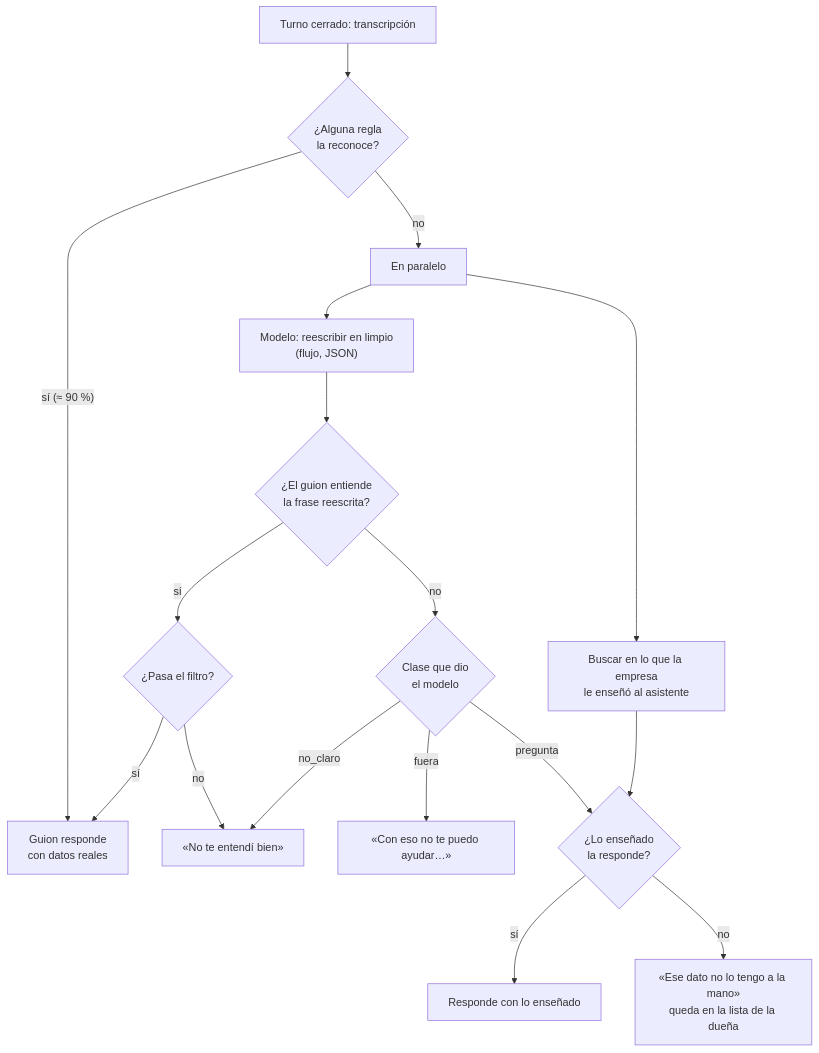
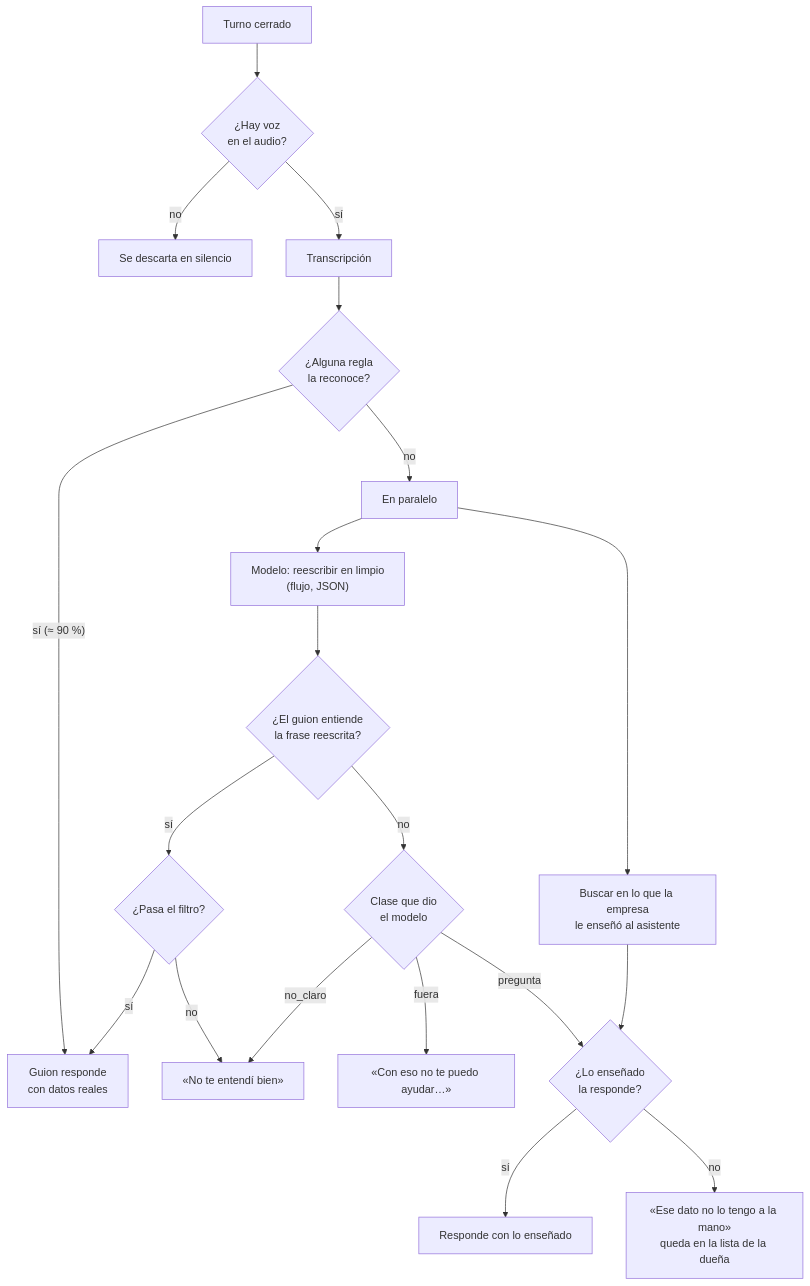
Before and after one commit to MaoDev22/asistente-de-voz-cerebro-gigante: the second of 5 diagrams in index.md, drawn with Mermaid. The commit also changed other lines of this file and 2 other files, not shown here.

Commit message:
Actualización: oído con Whisper turbo y detector de voz (Silero VAD), con sus mediciones

```diff
--- a/index.md
+++ b/index.md
@@ -85,19 +88,22 @@
 <pre class="mermaid">
 flowchart TD
-    A["Turno cerrado: transcripción"] --> B{"¿Alguna regla<br/>la reconoce?"}
+    Z["Turno cerrado"] --> Y{"¿Hay voz<br/>en el audio?"}
+    Y -- no --> X["Se descarta en silencio"]
+    Y -- sí --> A["Transcripción"]
+    A --> B{"¿Alguna regla<br/>la reconoce?"}
     B -- "sí (≈ 90 %)" --> C["Guion responde<br/>con datos reales"]
     B -- no --> P["En paralelo"]
     P --> E["Buscar en lo que la empresa<br/>le enseñó al asistente"]
     P --> F["Modelo: reescribir en limpio<br/>(flujo, JSON)"]
     F --> G{"¿El guion entiende<br/>la frase reescrita?"}
     G -- sí --> H{"¿Pasa el filtro?"}
     H -- sí --> C
     H -- no --> I["«No te entendí bien»"]
     G -- no --> J{"Clase que dio<br/>el modelo"}
     J -- no_claro --> I
     J -- fuera --> K["«Con eso no te puedo ayudar…»"]
     J -- pregunta --> L{"¿Lo enseñado<br/>la responde?"}
     E --> L
     L -- sí --> M2["Responde con lo enseñado"]
     L -- no --> N2["«Ese dato no lo tengo a la mano»<br/>queda en la lista de la dueña"]
 </pre>
```
